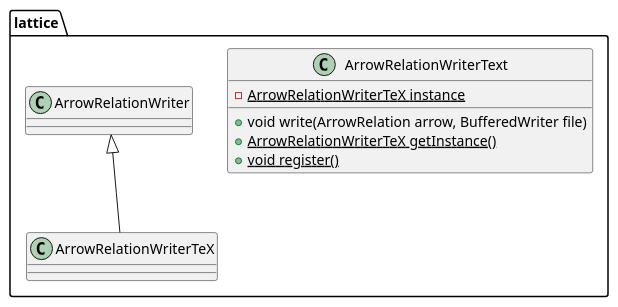
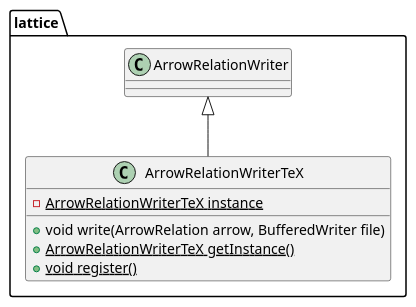
One commit to thegalactic/java-lattices changed the diagram in src/lattice/ArrowRelationWriterTeX.iuml. Above: the diagram before and after it, drawn with PlantUML. The commit also changed 1 other file, not shown here.

```diff
--- a/src/lattice/ArrowRelationWriterTeX.iuml
+++ b/src/lattice/ArrowRelationWriterTeX.iuml
@@ -1,10 +1,10 @@
 package lattice {
-    class ArrowRelationWriterText {
+    class ArrowRelationWriterTeX {
     	-{static}ArrowRelationWriterTeX instance
         +void write(ArrowRelation arrow, BufferedWriter file)
         +{static}ArrowRelationWriterTeX getInstance()
         +{static}void register()
     }
 
     ArrowRelationWriter <|-- ArrowRelationWriterTeX
 }
```
